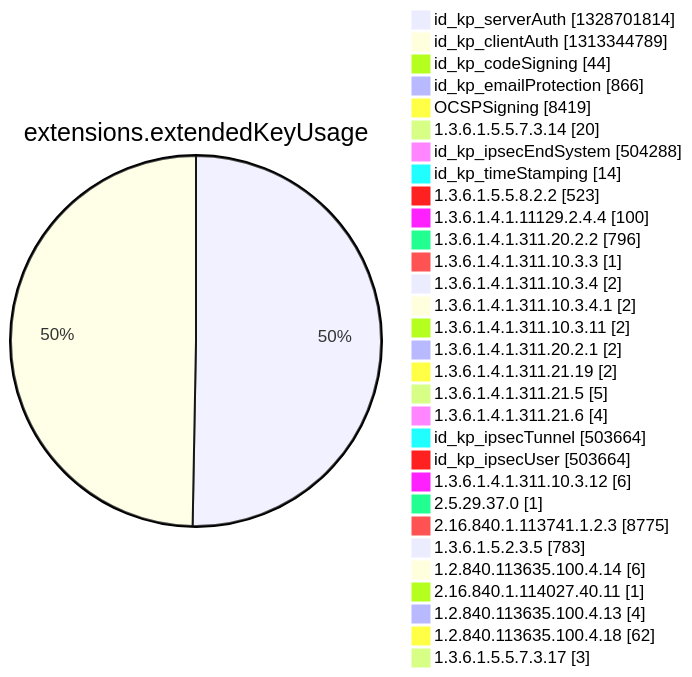
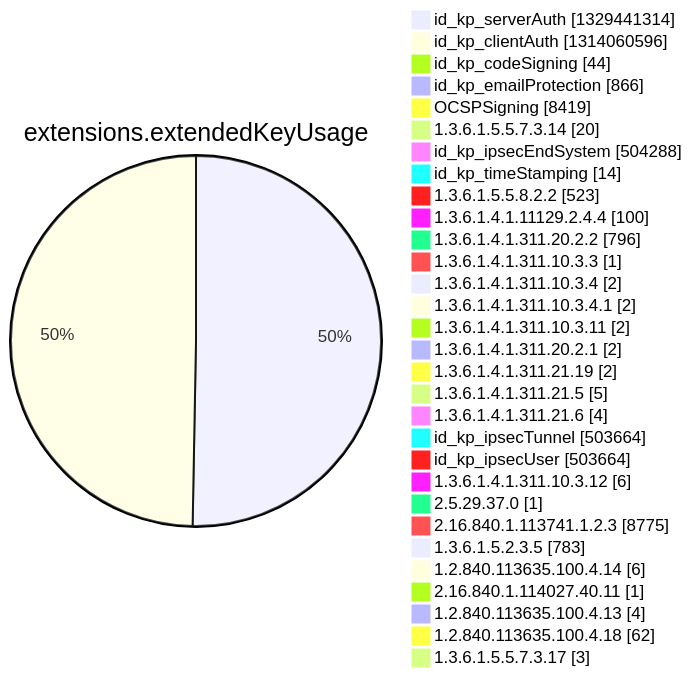
Diagram 12 of 15 in argon2022/README.md (christiankrug/ctmonitor_visualization), drawn with Mermaid before and after one commit. The commit also changed other lines of this file, not shown here.

````diff
--- a/argon2022/README.md
+++ b/argon2022/README.md
@@ -3553,34 +3553,34 @@
 ```mermaid
 pie showData
 title extensions.extendedKeyUsage
-"id_kp_serverAuth" :1328701814
-"id_kp_clientAuth" :1313344789
+"id_kp_serverAuth" :1329441314
+"id_kp_clientAuth" :1314060596
 "id_kp_codeSigning" :44
 "id_kp_emailProtection" :866
 "OCSPSigning" :8419
 "1.3.6.1.5.5.7.3.14" :20
 "id_kp_ipsecEndSystem" :504288
 "id_kp_timeStamping" :14
 "1.3.6.1.5.5.8.2.2" :523
 "1.3.6.1.4.1.11129.2.4.4" :100
 "1.3.6.1.4.1.311.20.2.2" :796
 "1.3.6.1.4.1.311.10.3.3" :1
 "1.3.6.1.4.1.311.10.3.4" :2
 "1.3.6.1.4.1.311.10.3.4.1" :2
 "1.3.6.1.4.1.311.10.3.11" :2
 "1.3.6.1.4.1.311.20.2.1" :2
 "1.3.6.1.4.1.311.21.19" :2
 "1.3.6.1.4.1.311.21.5" :5
 "1.3.6.1.4.1.311.21.6" :4
 "id_kp_ipsecTunnel" :503664
 "id_kp_ipsecUser" :503664
 "1.3.6.1.4.1.311.10.3.12" :6
 "2.5.29.37.0" :1
 "2.16.840.1.113741.1.2.3" :8775
 "1.3.6.1.5.2.3.5" :783
 "1.2.840.113635.100.4.14" :6
 "2.16.840.1.114027.40.11" :1
 "1.2.840.113635.100.4.13" :4
 "1.2.840.113635.100.4.18" :62
 "1.3.6.1.5.5.7.3.17" :3
 ```
````
